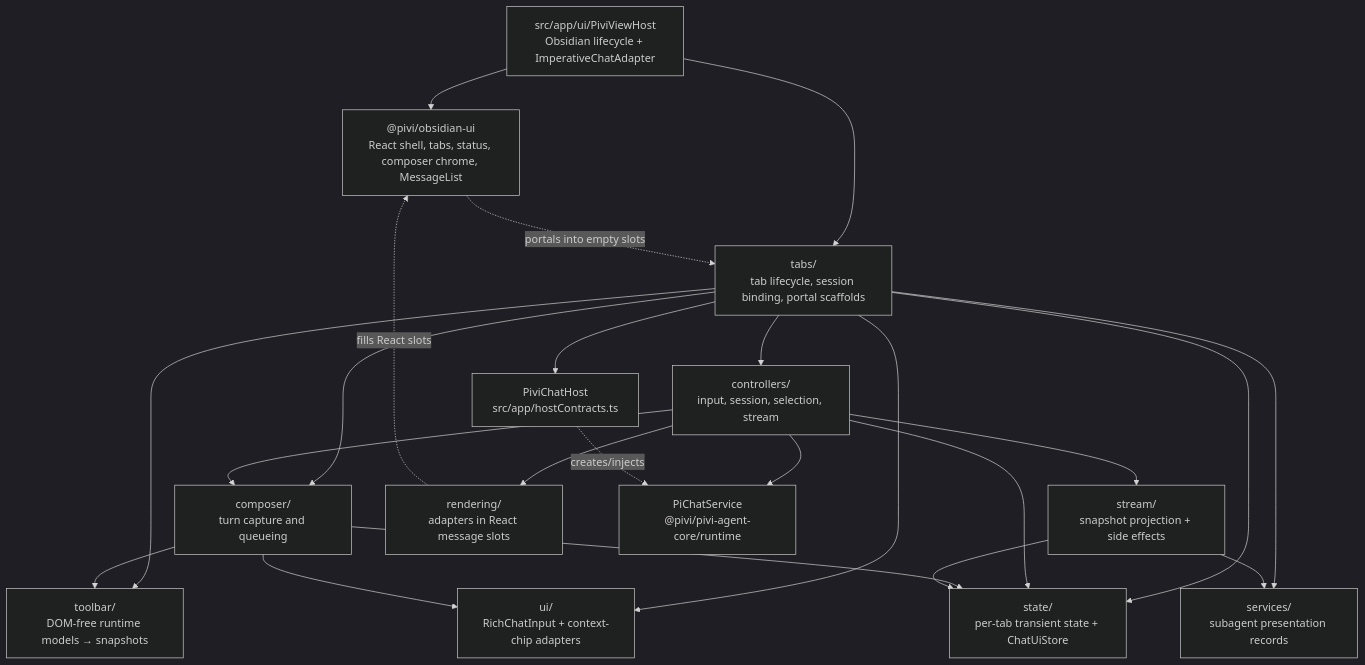
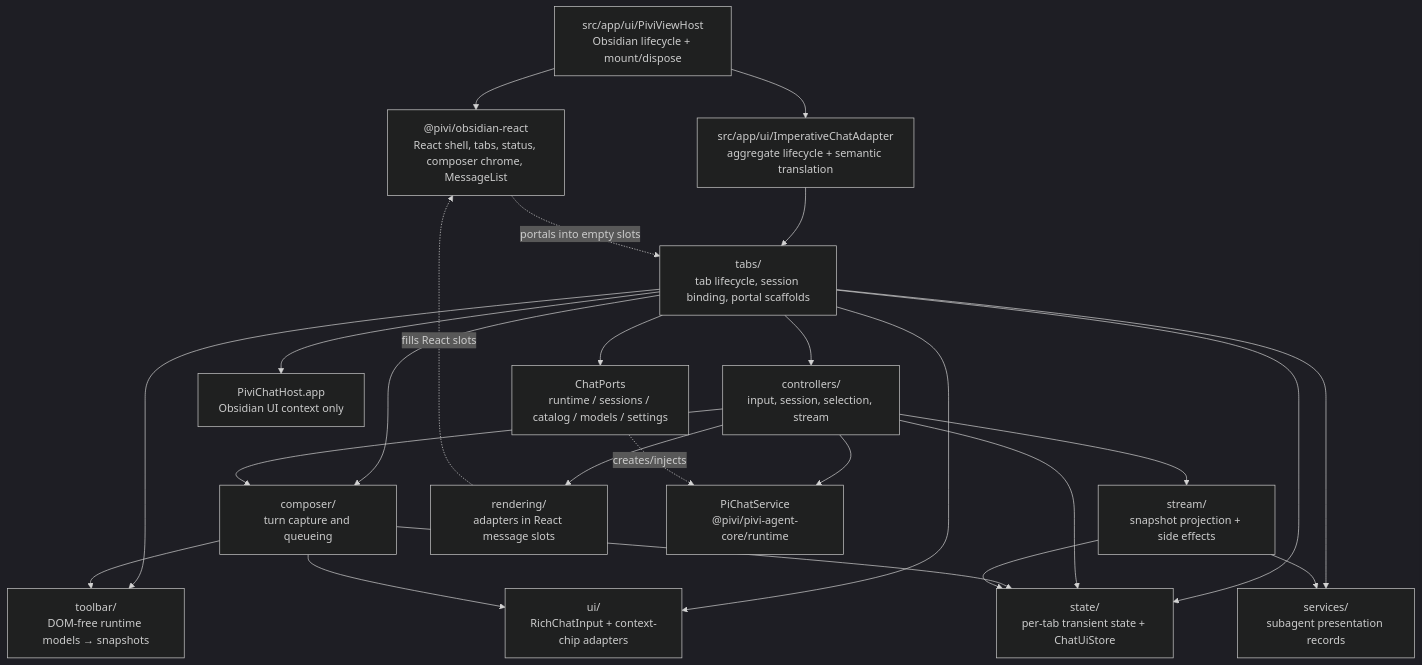
Before and after one commit to shuuul/obsidian-pivi: the diagram in src/ui/chat/AGENTS.md, drawn with Mermaid (dark theme). The commit also changed other lines of this file and 335 other files, not shown here.

First line of the commit message:
refactor(architecture): enforce package and UI boundaries

````diff
--- a/src/ui/chat/AGENTS.md
+++ b/src/ui/chat/AGENTS.md
@@ -13,29 +13,31 @@
 ```mermaid
 flowchart TD
-  View["src/app/ui/PiviViewHost<br/>Obsidian lifecycle + ImperativeChatAdapter"] --> Shell["@pivi/obsidian-ui<br/>React shell, tabs, status, composer chrome, MessageList"]
-  View --> Tabs["tabs/<br/>tab lifecycle, session binding, portal scaffolds"]
+  View["src/app/ui/PiviViewHost<br/>Obsidian lifecycle + mount/dispose"] --> Shell["@pivi/obsidian-react<br/>React shell, tabs, status, composer chrome, MessageList"]
+  View --> Adapter["src/app/ui/ImperativeChatAdapter<br/>aggregate lifecycle + semantic translation"]
+  Adapter --> Tabs["tabs/<br/>tab lifecycle, session binding, portal scaffolds"]
   Tabs --> Controllers["controllers/<br/>input, session, selection, stream"]
   Tabs --> Composer["composer/<br/>turn capture and queueing"]
   Tabs --> Toolbar["toolbar/<br/>DOM-free runtime models → snapshots"]
   Tabs --> UI["ui/<br/>RichChatInput + context-chip adapters"]
   Tabs --> State["state/<br/>per-tab transient state + ChatUiStore"]
   Tabs --> Services["services/<br/>subagent presentation records"]
 
   Controllers --> Composer
   Controllers --> Stream["stream/<br/>snapshot projection + side effects"]
   Controllers --> Rendering["rendering/<br/>adapters in React message slots"]
   Controllers --> State
 
   Composer --> UI
   Composer --> Toolbar
   Composer --> State
 
   Stream --> Services
   Stream --> State
   Shell -. "portals into empty slots" .-> Tabs
   Rendering -. "fills React slots" .-> Shell
 
-  Tabs --> Host["PiviChatHost<br/>src/app/hostContracts.ts"]
+  Tabs --> Host["PiviChatHost.app<br/>Obsidian UI context only"]
+  Tabs --> Ports["ChatPorts<br/>runtime / sessions / catalog / models / settings"]
   Controllers --> ChatService["PiChatService<br/>@pivi/pivi-agent-core/runtime"]
-  Host -. "creates/injects" .-> ChatService
+  Ports -. "creates/injects" .-> ChatService
 ```
````
